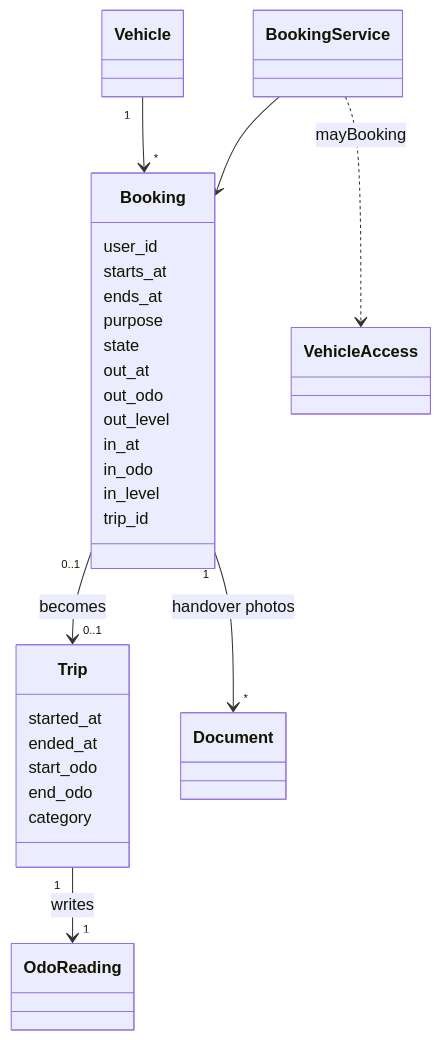
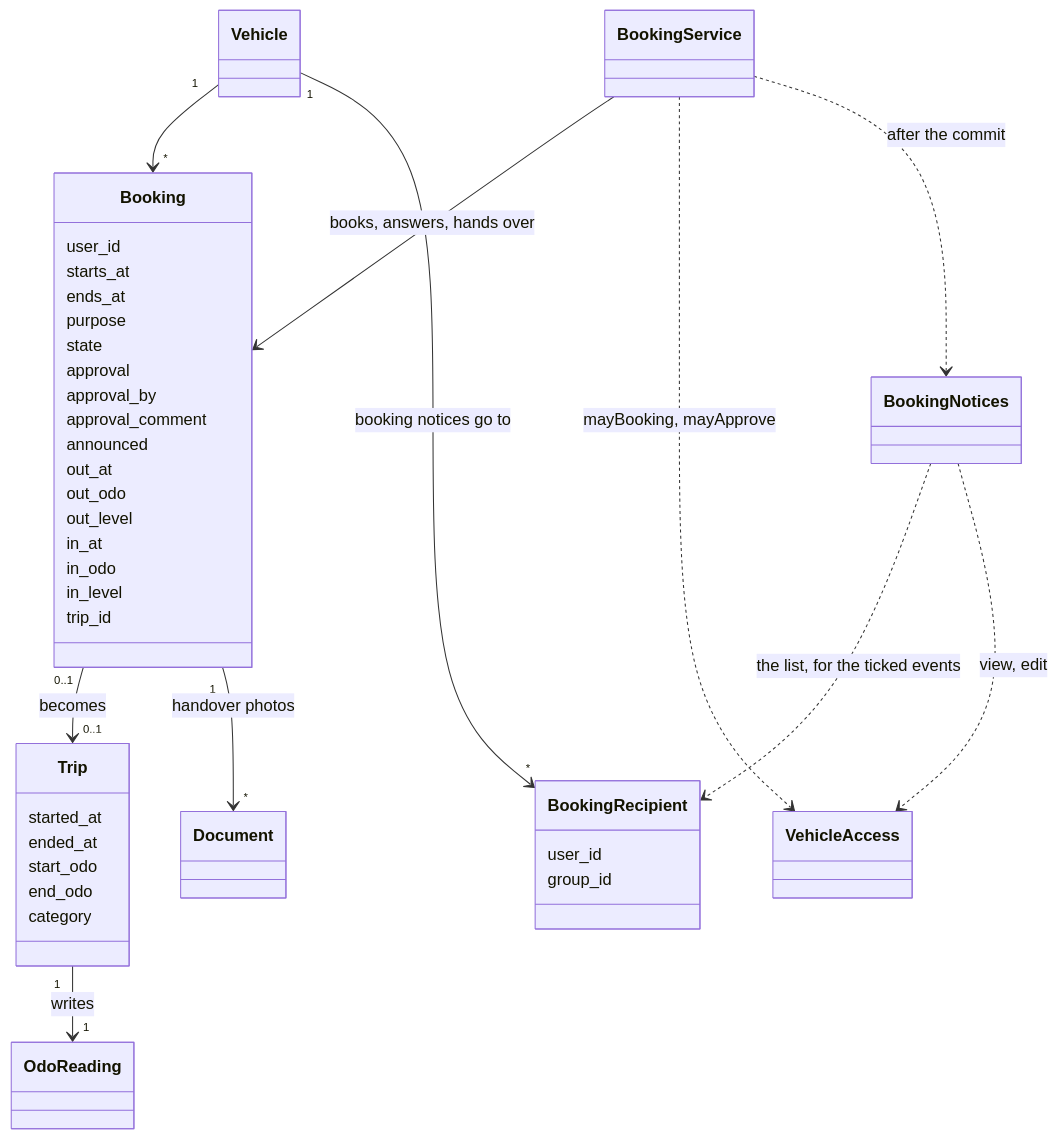
The fourth of 7 diagrams in docs/design/domain.md (typical42/next-fleet), drawn with Mermaid before and after one commit. The commit also changed other lines of this file and 117 other files, not shown here.

````diff
--- a/docs/design/domain.md
+++ b/docs/design/domain.md
@@ -209,31 +218,44 @@
 ```mermaid
 classDiagram
     class Booking {
         user_id
         starts_at
         ends_at
         purpose
         state
+        approval
+        approval_by
+        approval_comment
+        announced
         out_at
         out_odo
         out_level
         in_at
         in_odo
         in_level
         trip_id
     }
     class Trip {
         started_at
         ended_at
         start_odo
         end_odo
         category
     }
+    class BookingRecipient {
+        user_id
+        group_id
+    }
     class BookingService
+    class BookingNotices
     Vehicle "1" --> "*" Booking
+    Vehicle "1" --> "*" BookingRecipient : booking notices go to
     Booking "0..1" --> "0..1" Trip : becomes
     Trip "1" --> "1" OdoReading : writes
     Booking "1" --> "*" Document : handover photos
-    BookingService --> Booking
-    BookingService ..> VehicleAccess : mayBooking
+    BookingService --> Booking : books, answers, hands over
+    BookingService ..> VehicleAccess : mayBooking, mayApprove
+    BookingService ..> BookingNotices : after the commit
+    BookingNotices ..> BookingRecipient : the list, for the ticked events
+    BookingNotices ..> VehicleAccess : view, edit
 ```
````
